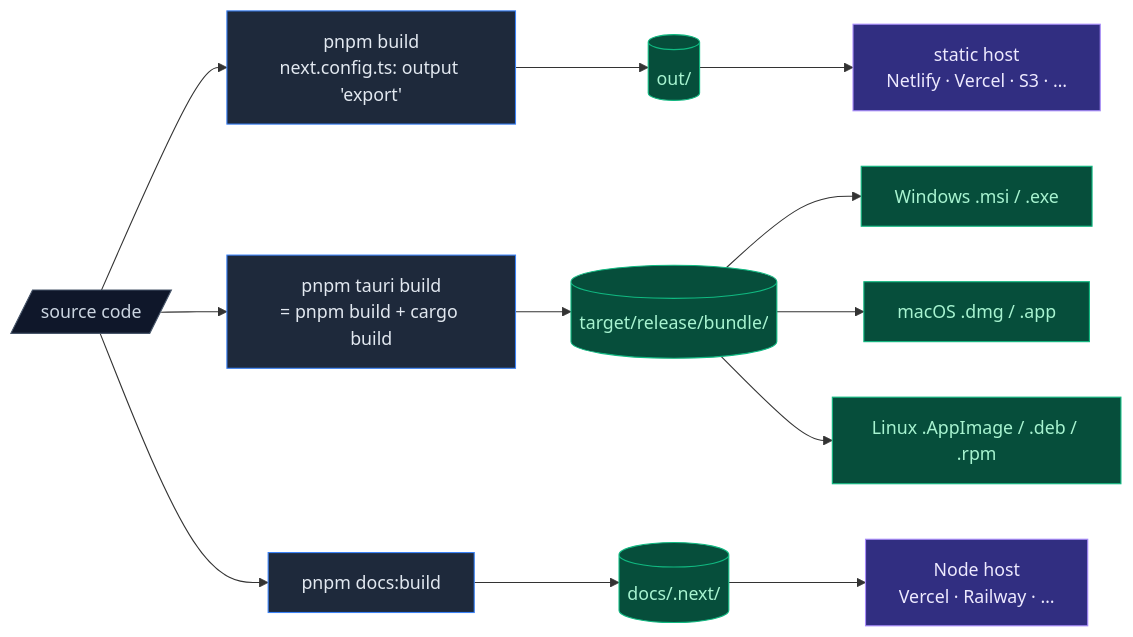
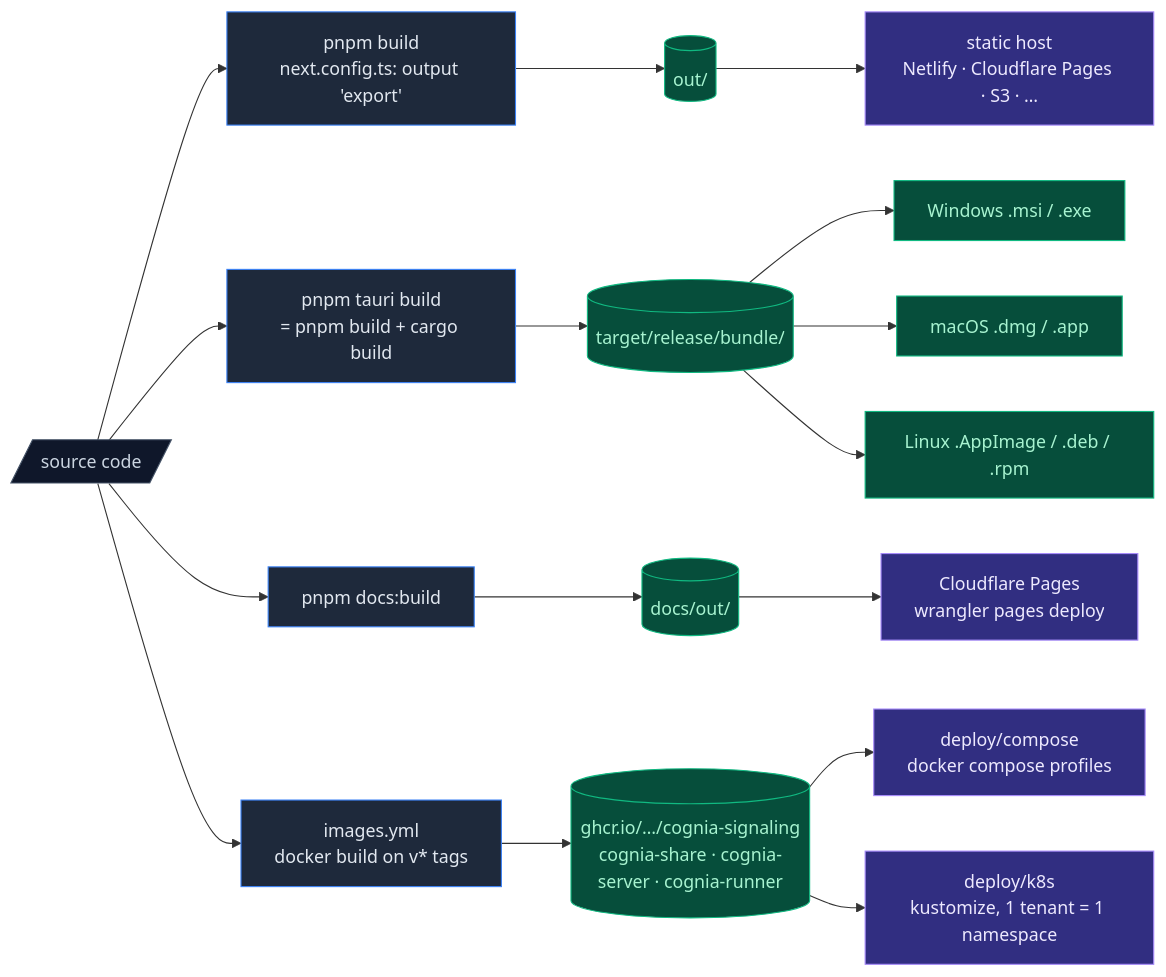
Before and after one commit to MaxQian888/cognia-next: the diagram in docs/content/docs/en/dev/deployment.mdx, drawn with Mermaid. The commit also changed other lines of this file and 5 other files, not shown here.

````diff
--- a/docs/content/docs/en/dev/deployment.mdx
+++ b/docs/content/docs/en/dev/deployment.mdx
@@ -14,26 +15,31 @@
 ```mermaid
 flowchart LR
   Source[/source code/]
   Source --> NW[pnpm build<br/>next.config.ts: output 'export']
   NW --> Out[(out/)]
-  Out --> Static[static host<br/>Netlify · Vercel · S3 · …]
+  Out --> Static[static host<br/>Netlify · Cloudflare Pages · S3 · …]
 
   Source --> NT[pnpm tauri build<br/>= pnpm build + cargo build]
   NT --> Bundle[(target/release/bundle/)]
   Bundle --> WIN[Windows .msi / .exe]
   Bundle --> MAC[macOS .dmg / .app]
   Bundle --> LIN[Linux .AppImage / .deb / .rpm]
 
   Source --> ND[pnpm docs:build]
-  ND --> DocsOut[(docs/.next/)]
-  DocsOut --> NodeHost[Node host<br/>Vercel · Railway · …]
+  ND --> DocsOut[(docs/out/)]
+  DocsOut --> Pages[Cloudflare Pages<br/>wrangler pages deploy]
+
+  Source --> IM[images.yml<br/>docker build on v* tags]
+  IM --> GHCR[(ghcr.io/…/cognia-signaling<br/>cognia-share · cognia-server · cognia-runner)]
+  GHCR --> Compose[deploy/compose<br/>docker compose profiles]
+  GHCR --> K8s[deploy/k8s<br/>kustomize, 1 tenant = 1 namespace]
 
   classDef src fill:#0f172a,stroke:#475569,color:#cbd5e1
   classDef step fill:#1e293b,stroke:#3b82f6,color:#e2e8f0
   classDef out fill:#064e3b,stroke:#10b981,color:#a7f3d0
   classDef host fill:#312e81,stroke:#a78bfa,color:#ede9fe
   class Source src
-  class NW,NT,ND step
-  class Out,Bundle,DocsOut,WIN,MAC,LIN out
-  class Static,NodeHost host
+  class NW,NT,ND,IM step
+  class Out,Bundle,DocsOut,WIN,MAC,LIN,GHCR out
+  class Static,Pages,Compose,K8s host
 ```
````
